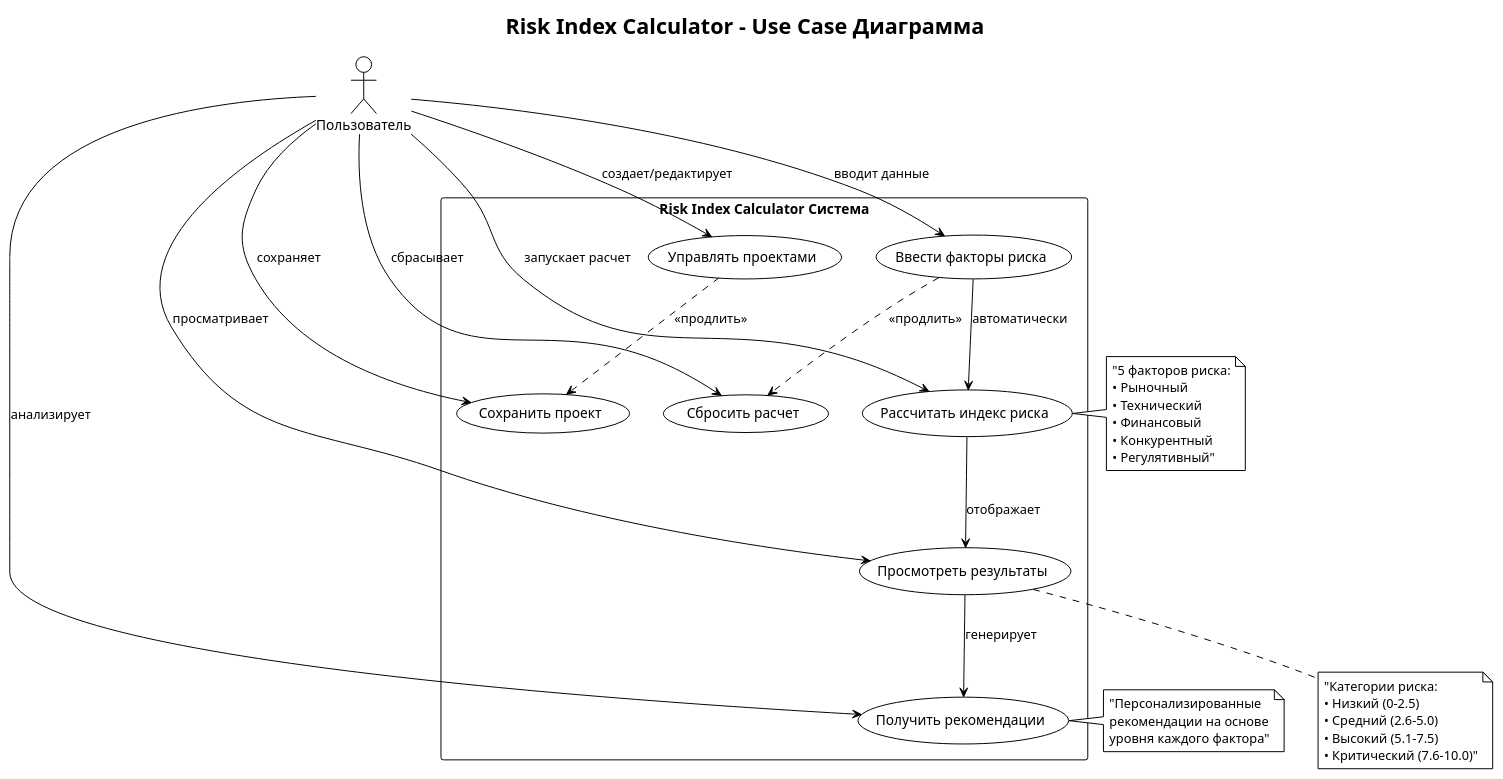
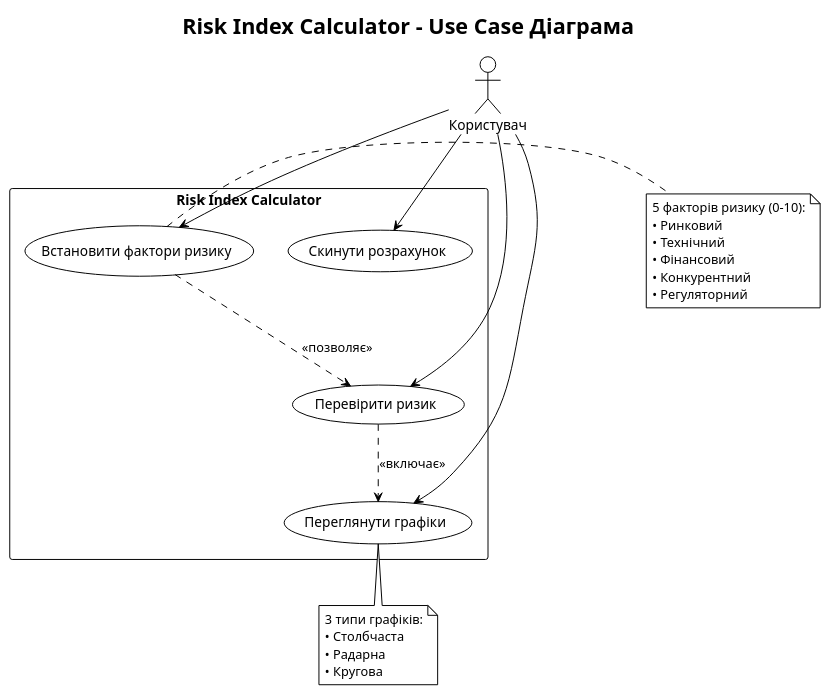
Before and after one commit to Ivan-Kukshyn/InnoRiskCalculator: the diagram in UML/UseCase.puml, drawn with PlantUML. The commit also changed 21143 other files, not shown here.

```diff
--- a/UML/UseCase.puml
+++ b/UML/UseCase.puml
@@ -1,56 +1,41 @@
 @startuml RiskIndexCalculatorUseCaseDiagram
 
 !theme plain
 skinparam backgroundColor transparent
 
-title Risk Index Calculator - Use Case Диаграмма
+title Risk Index Calculator - Use Case Діаграма
 
-' Актеры
-actor "Пользователь" as User
+actor "Користувач" as User
 
-' Границы системы
-rectangle "Risk Index Calculator Система" {
-
-  ' Основные варианты использования
-  usecase "Ввести факторы риска" as UC1
-  usecase "Рассчитать индекс риска" as UC2
-  usecase "Просмотреть результаты" as UC3
-  usecase "Получить рекомендации" as UC4
-
-  ' Управление проектами
-  usecase "Управлять проектами" as UC5
-
-  ' Дополнительные функции
-  usecase "Сохранить проект" as UC6
-  usecase "Сбросить расчет" as UC7
-
+rectangle "Risk Index Calculator" {
+  usecase "Встановити фактори ризику" as UC1
+  usecase "Перевірити ризик" as UC2
+  usecase "Переглянути графіки" as UC3
+  usecase "Скинути розрахунок" as UC4
 }
 
-' Основные потоки взаимодействия
-User --> UC1 : вводит данные
-User --> UC2 : запускает расчет
-User --> UC3 : просматривает
-User --> UC4 : анализирует
-User --> UC5 : создает/редактирует
+User --> UC1
+User --> UC2
+User --> UC3
+User --> UC4
 
-' Дополнительные функции
-User --> UC6 : сохраняет
-User --> UC7 : сбрасывает
+UC1 ..> UC2 : <<позволяє>>
+UC2 ..> UC3 : <<включає>>
 
-' Процессный поток
-UC1 --> UC2 : автоматически
-UC2 --> UC3 : отображает
-UC3 --> UC4 : генерирует
+note right of UC1
+  5 факторів ризику (0-10):
+  • Ринковий
+  • Технічний
+  • Фінансовий
+  • Конкурентний
+  • Регуляторний
+end note
 
-' Необязательные отношения
-UC5 ..> UC6 : <<продлить>>
-UC1 ..> UC7 : <<продлить>>
-
-' Notes
-note right of UC2 : "5 факторов риска:\n• Рыночный\n• Технический\n• Финансовый\n• Конкурентный\n• Регулятивный"
-
-note bottom of UC3 : "Категории риска:\n• Низкий (0-2.5)\n• Средний (2.6-5.0)\n• Высокий (5.1-7.5)\n• Критический (7.6-10.0)"
-
-note left of UC4 : "Персонализированные\nрекомендации на основе\nуровня каждого фактора"
+note bottom of UC3
+  3 типи графіків:
+  • Столбчаста
+  • Радарна
+  • Кругова
+end note
 
 @enduml
```
